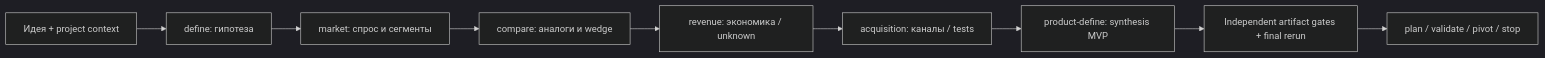
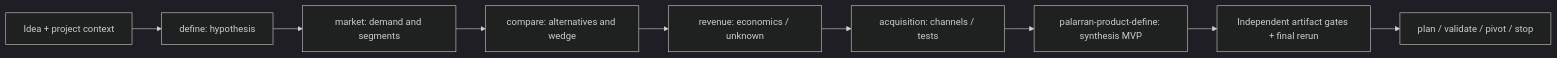
One commit to zxc0zxc0zxc/palarran-framework changed the diagram in docs/product/pipeline.md. Above: the diagram before and after it, drawn with Mermaid (dark theme). The commit also changed other lines of this file and 783 other files, not shown here.

````diff
--- a/docs/product/pipeline.md
+++ b/docs/product/pipeline.md
@@ -5,11 +5,11 @@
 ```mermaid
 flowchart LR
-    I[Идея + project context] --> D[define: гипотеза]
-    D --> M[market: спрос и сегменты]
-    M --> C[compare: аналоги и wedge]
-    C --> R[revenue: экономика / unknown]
-    R --> A[acquisition: каналы / tests]
-    A --> S[product-define: synthesis MVP]
+    I[Idea + project context] --> D[define: hypothesis]
+    D --> M[market: demand and segments]
+    M --> C[compare: alternatives and wedge]
+    C --> R[revenue: economics / unknown]
+    R --> A[acquisition: channels / tests]
+    A --> S[palarran-product-define: synthesis MVP]
     S --> V[Independent artifact gates + final rerun]
     V --> P[plan / validate / pivot / stop]
 ```
````
